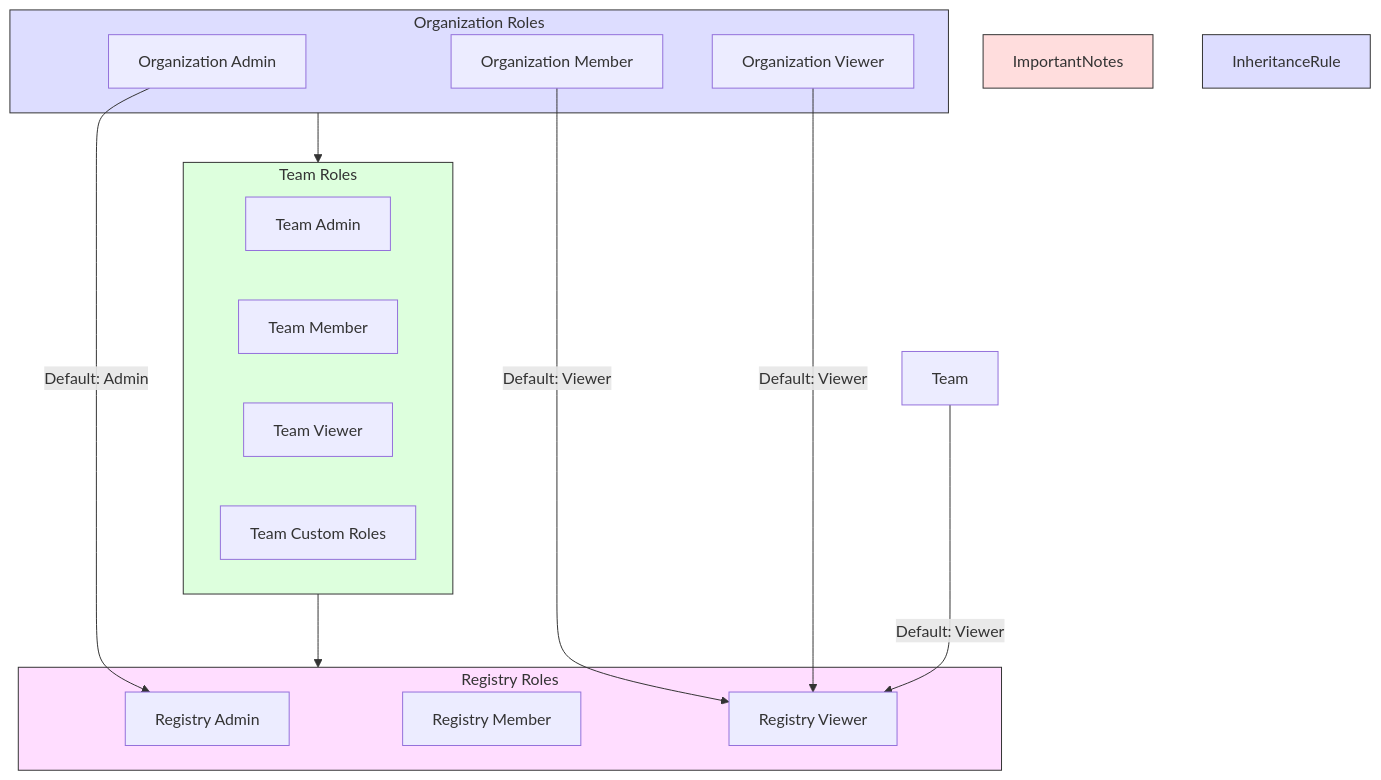
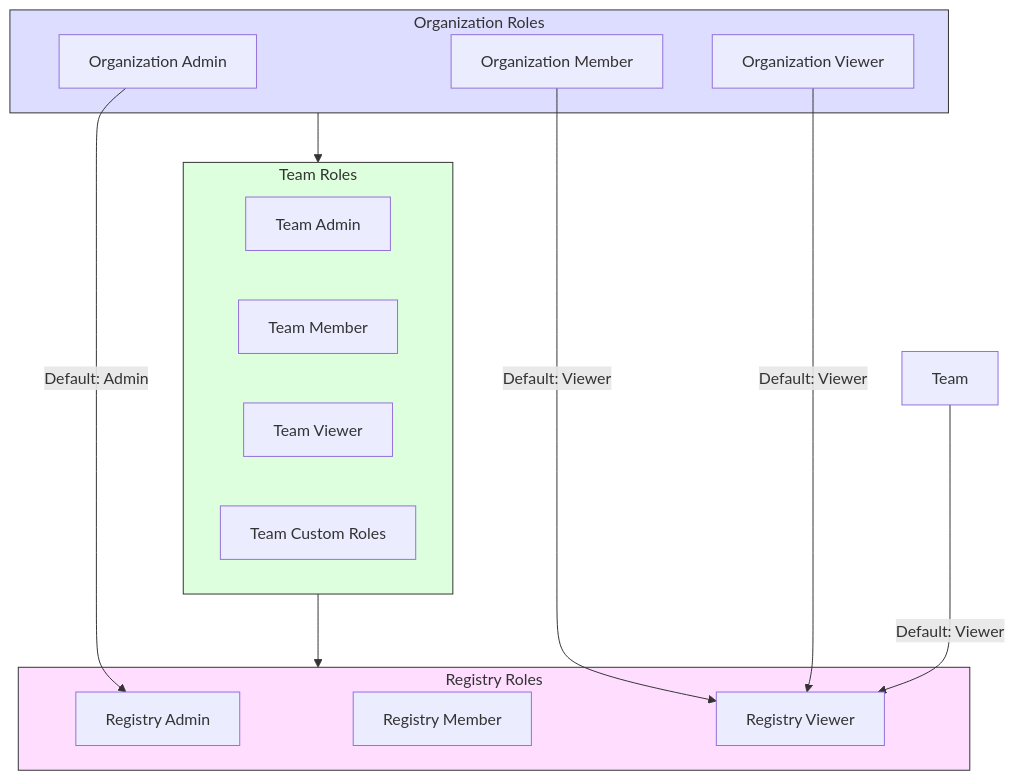
Before and after one commit to wandb/docs: the diagram in content/guides/models/registry/configure_registry.md, drawn with Mermaid.

````diff
--- a/content/guides/models/registry/configure_registry.md
+++ b/content/guides/models/registry/configure_registry.md
@@ -20,40 +20,38 @@
 ```mermaid
 flowchart TD
 
     subgraph OrgRoles["Organization Roles"]
         OA["Organization Admin"]
         OM["Organization Member"]
         OV["Organization Viewer"]
     end
     
     OrgRoles --> TeamRoles
     
     subgraph TeamRoles["Team Roles"]
         TA["Team Admin"]
         TM["Team Member"]
         TV["Team Viewer"]
         TC["Team Custom Roles"]
     end
     
     TeamRoles --> RegRoles
     
     subgraph RegRoles["Registry Roles"]
         RA["Registry Admin"]
         RM["Registry Member"]
         RV["Registry Viewer"]
     end
     
     %% Default role assignment connections
     OA -->|"Default: Admin"| RA
     OM -->|"Default: Viewer"| RV
     OV -->|"Default: Viewer"| RV
     
     %% Team assignment
     TeamNode["Team"] -->|"Default: Viewer"| RV
     
     style OrgRoles fill:#ddf,stroke:#333,stroke-width:1px
     style TeamRoles fill:#dfd,stroke:#333,stroke-width:1px
     style RegRoles fill:#fdf,stroke:#333,stroke-width:1px
-    style ImportantNotes fill:#fdd,stroke:#333,stroke-width:1px
-    style InheritanceRule fill:#ddf,stroke:#333,stroke-width:1px
 ```
````
